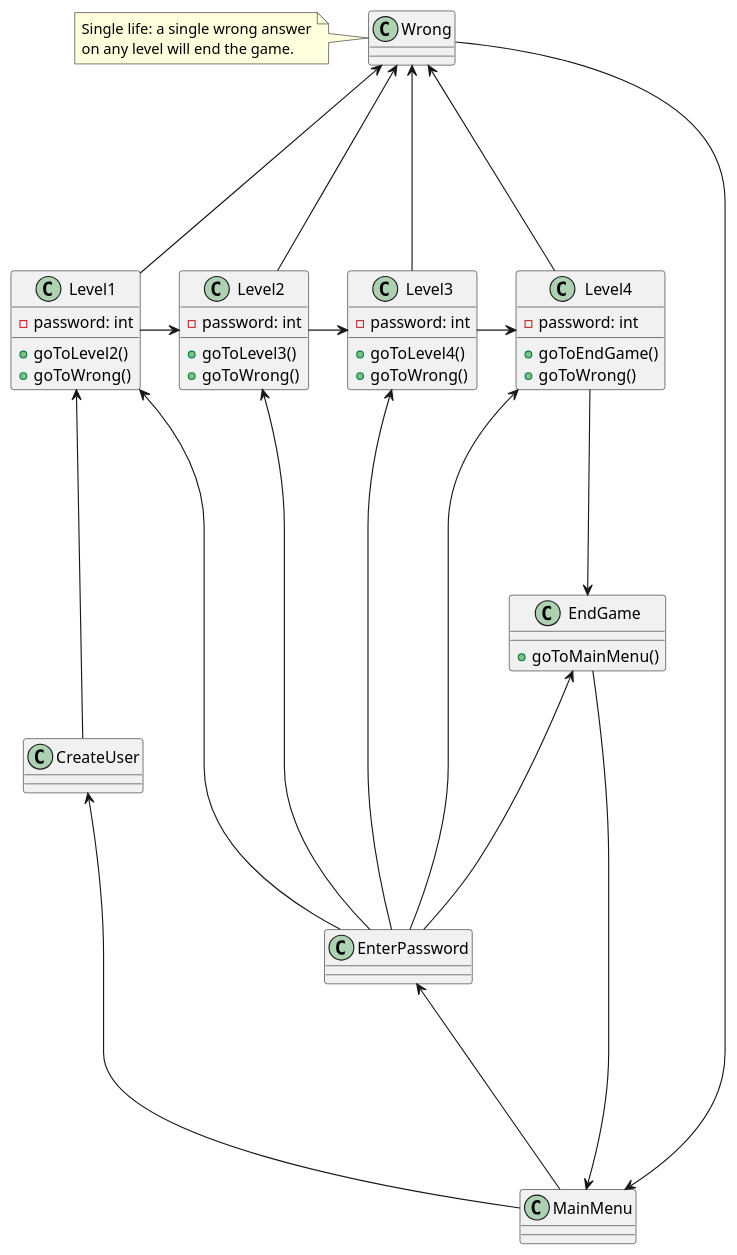
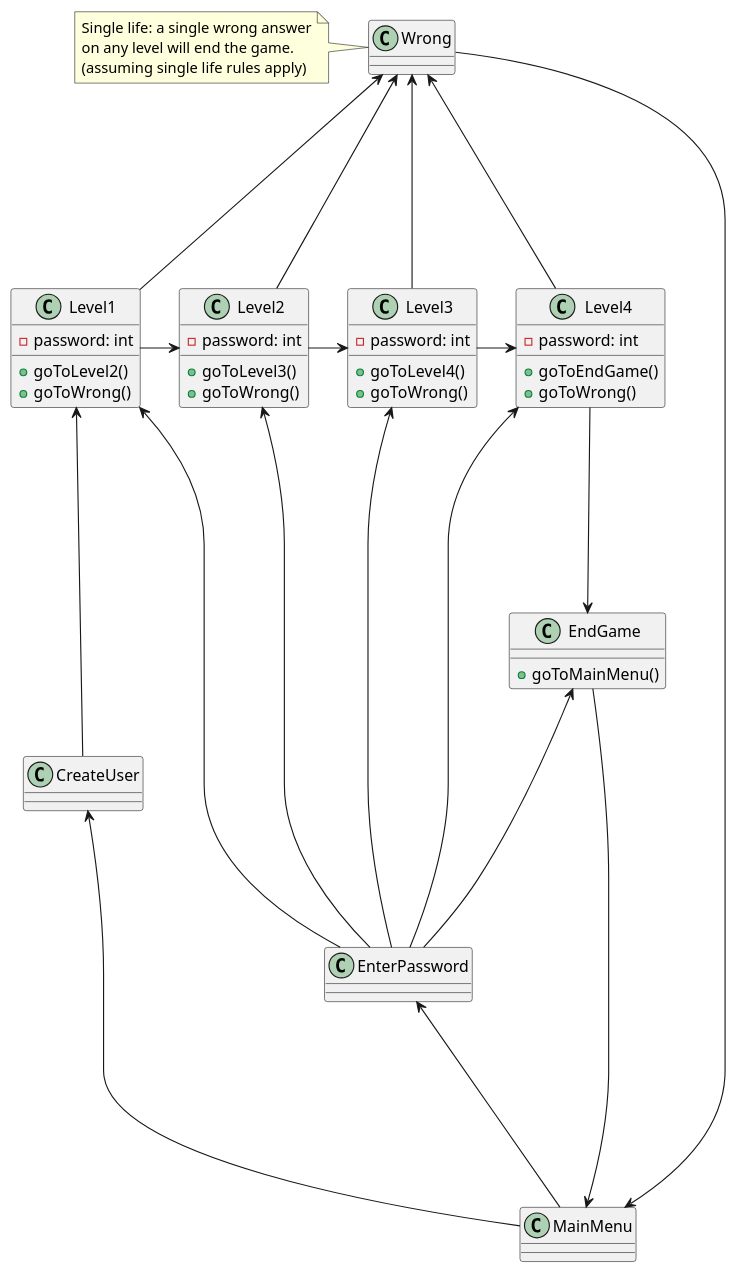
The diagram in docs/MANUAL.md (mpekim/Game_Dev_Club_Fall2016), drawn with PlantUML before and after one commit.

Commit message:
Minor tweak to note in MANUAL.md file.

````diff
--- a/docs/MANUAL.md
+++ b/docs/MANUAL.md
@@ -43,71 +43,72 @@
 ```plantuml
 
 class Level1{
     +goToLevel2()
     +goToWrong()
     
     -password: int
 }
 
 class Level2{
     +goToLevel3()
     +goToWrong()
 
     -password: int
 }
 
 class Level3{
     +goToLevel4()
     +goToWrong()
 
     -password: int
 }
 
 class Level4{
     +goToEndGame()
     +goToWrong()
 
     -password: int
 }
 
 class EndGame{
     +goToMainMenu()
 }
 
 class MainMenu{
 
 }
 
 class CreateUser{
 
 }
 
 class EnterPassword{
 
 }
 
 Level1 --right--> Level2
 Level1 --up--> Wrong
 Level2 --right--> Level3
 Level2 --up--> Wrong
 Level3 --right--> Level4
 Level3 --up--> Wrong
 Level4 --down--> EndGame
 Level4 --up--> Wrong
 
 EndGame --left--> MainMenu
 MainMenu --left--> CreateUser
 MainMenu --up-->EnterPassword
 CreateUser --up--> Level1
 Wrong --down-->MainMenu
 EnterPassword --up--> Level1
 EnterPassword --up--> Level2
 EnterPassword --up--> Level3
 EnterPassword --up--> Level4
 EnterPassword --up--> EndGame
 
 note left of Wrong
 Single life: a single wrong answer
 on any level will end the game.
+(assuming single life rules apply)
 end note
 ```
````
